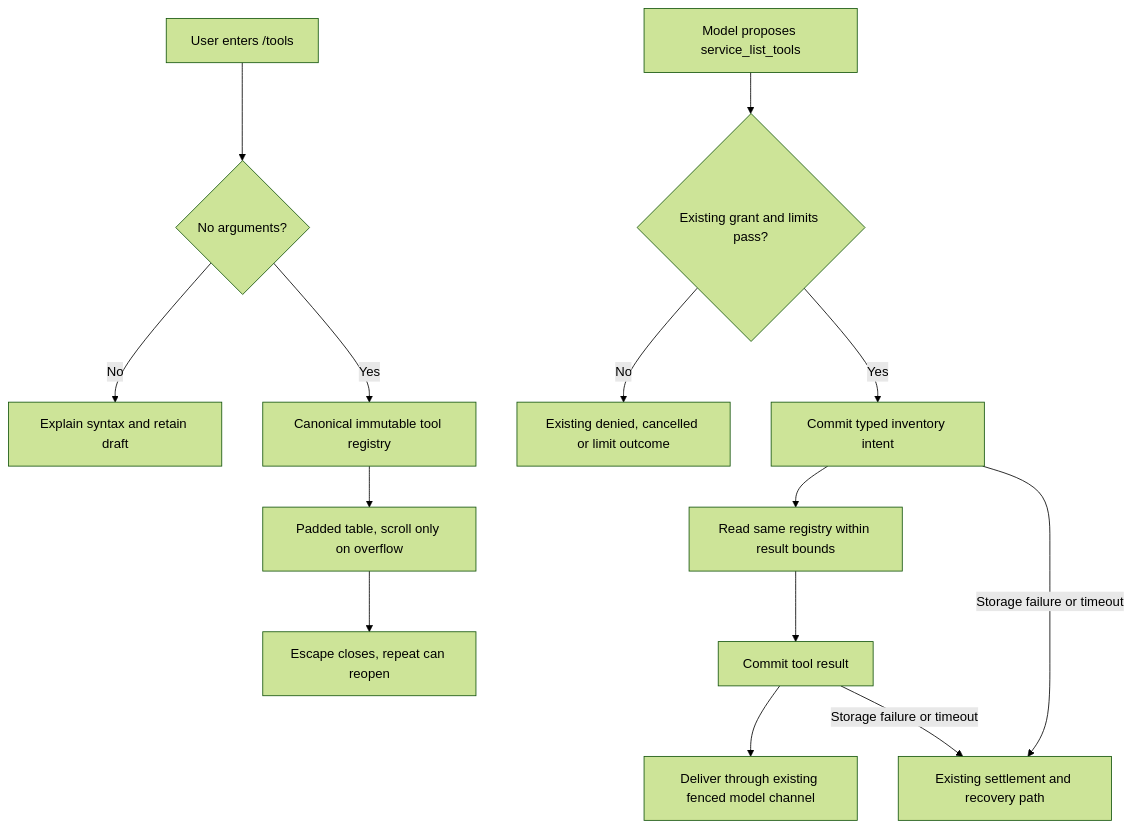
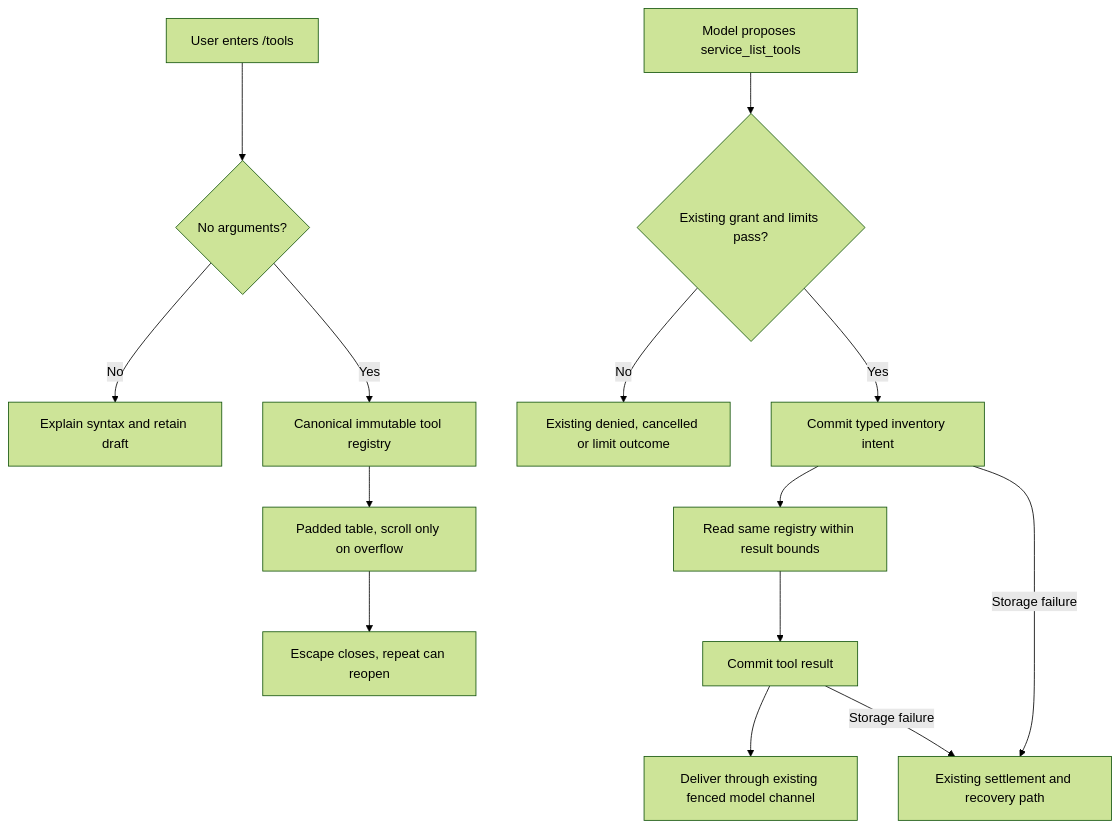
Before and after one commit to pidster/asura: the ninth of 9 diagrams in docs/designs/model-tool-execution.md, drawn with Mermaid (forest theme). The commit also changed other lines of this file and 107 other files, not shown here.

````diff
--- a/docs/designs/model-tool-execution.md
+++ b/docs/designs/model-tool-execution.md
@@ -852,16 +870,16 @@
 ```mermaid
 flowchart TD
     User[User enters /tools] --> Args{No arguments?}
     Args -->|No| Invalid[Explain syntax and retain draft]
     Args -->|Yes| Registry[Canonical immutable tool registry]
     Registry --> Panel[Padded table, scroll only on overflow]
     Panel --> Close[Escape closes, repeat can reopen]
     Model[Model proposes service_list_tools] --> Gate{Existing grant and limits pass?}
     Gate -->|No| Reject[Existing denied, cancelled or limit outcome]
     Gate -->|Yes| Intent[Commit typed inventory intent]
     Intent --> Read[Read same registry within result bounds]
     Read --> Result[Commit tool result]
     Result --> Deliver[Deliver through existing fenced model channel]
-    Intent -->|Storage failure or timeout| Failure[Existing settlement and recovery path]
-    Result -->|Storage failure or timeout| Failure
+    Intent -->|Storage failure| Failure[Existing settlement and recovery path]
+    Result -->|Storage failure| Failure
 ```
````
